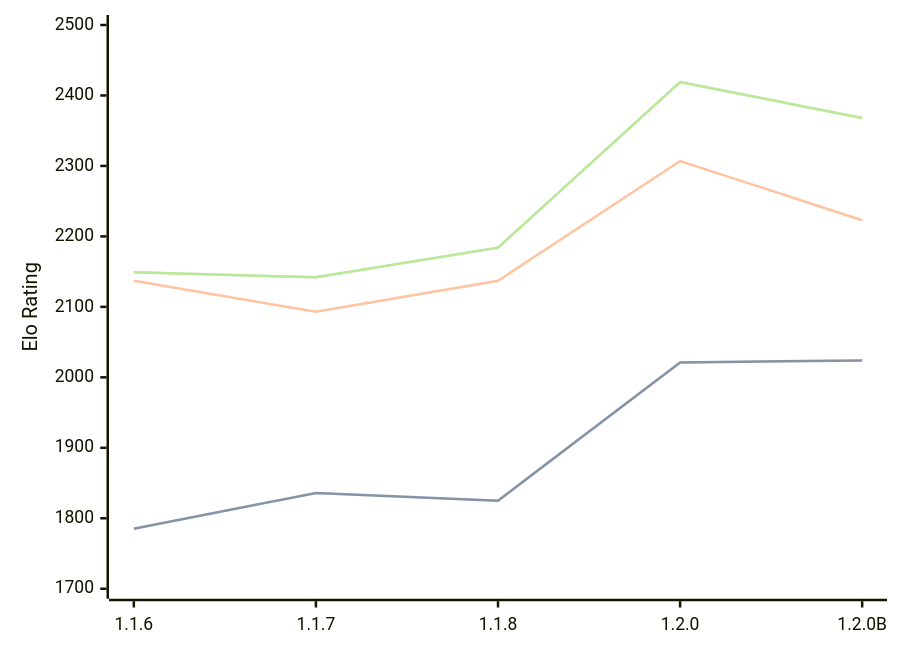
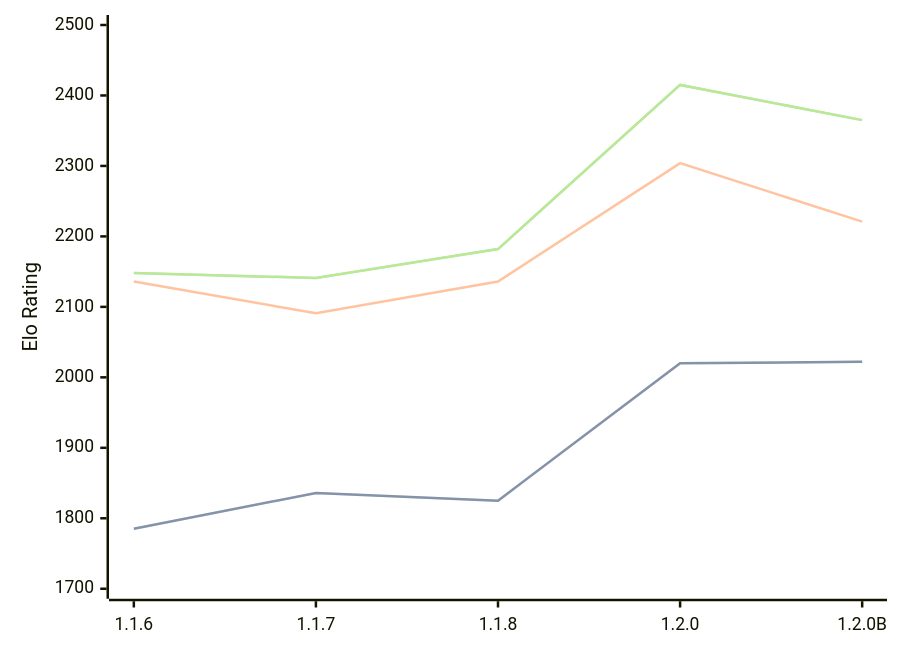
The diagram in engines/Soomi.md (computer-chess-index/cci), drawn with Mermaid before and after one commit. The commit also changed other lines of this file, not shown here.

Commit message:
Update CCI Ratings (ELO VLTC) - 2026-08-12

````diff
--- a/engines/Soomi.md
+++ b/engines/Soomi.md
@@ -35,11 +35,11 @@
 ```mermaid
 %%{init: {"theme":"base","themeVariables":{"seriesColors:['#a3a3a3','#222221','#faa371']}}}%%
 xychart-beta
   x-axis ["1.1.6", "1.1.7", "1.1.8", "1.2.0", "1.2.0B"]
   y-axis "Elo Rating" 1700 --> 2500
-  line "STC (8.0+0.08s)" [1785, 1836, 1825, 2021, 2024]
-  line "STC (8.0+0.08s)" [1785, 1836, 1825, 2021, 2024]
-  line "LTC (60.0+0.60s)" [2137, 2093, 2137, 2307, 2223]
-  line "VLTC (2m24s+1.12s)" [2149, 2142, 2184, 2419, 2368]
-  line "VLTC (2m24s+1.12s)" [2149, 2142, 2184, 2419, 2368]
+  line "STC (8.0+0.08s)" [1785, 1836, 1825, 2020, 2022]
+  line "STC (8.0+0.08s)" [1785, 1836, 1825, 2020, 2022]
+  line "LTC (60.0+0.60s)" [2136, 2091, 2136, 2304, 2221]
+  line "VLTC (2m24s+1.12s)" [2148, 2141, 2182, 2415, 2365]
+  line "VLTC (2m24s+1.12s)" [2148, 2141, 2182, 2415, 2365]
 ```
````
